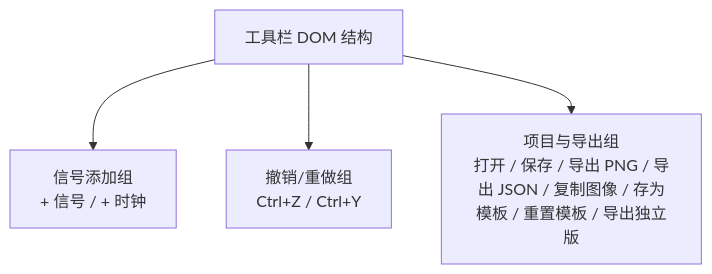
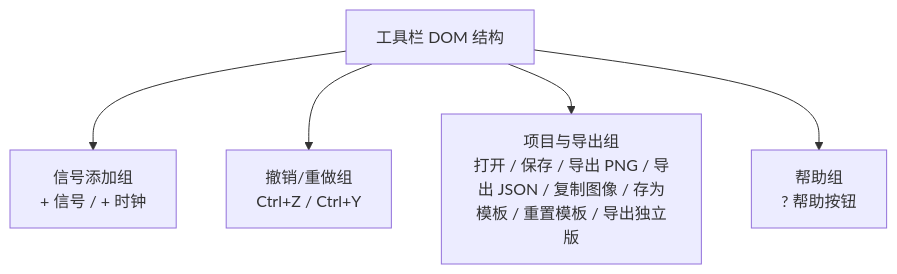
The fourth of 6 diagrams in .qoder/repowiki/zh/content/用户界面组件/工具栏组件.md (nht123456/waveform-editor), drawn with Mermaid before and after one commit. The commit also changed other lines of this file and 12 other files, not shown here.

````diff
--- a/.qoder/repowiki/zh/content/用户界面组件/工具栏组件.md
+++ b/.qoder/repowiki/zh/content/用户界面组件/工具栏组件.md
@@ -182,6 +198,7 @@
 ```mermaid
 flowchart TD
 A["工具栏 DOM 结构"] --> B["信号添加组<br/>+ 信号 / + 时钟"]
 A --> C["撤销/重做组<br/>Ctrl+Z / Ctrl+Y"]
 A --> D["项目与导出组<br/>打开 / 保存 / 导出 PNG / 导出 JSON / 复制图像 / 存为模板 / 重置模板 / 导出独立版"]
+A --> E["帮助组<br/>? 帮助按钮"]
 ```
````
